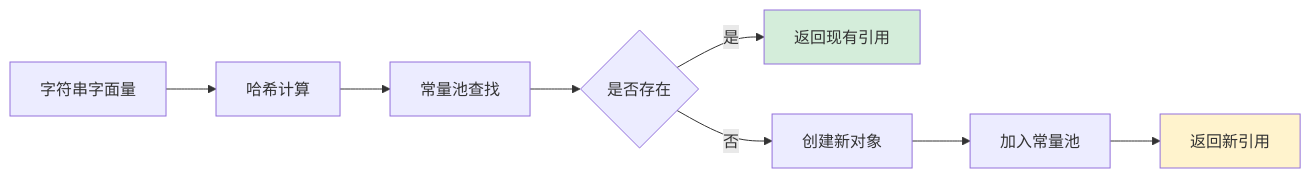
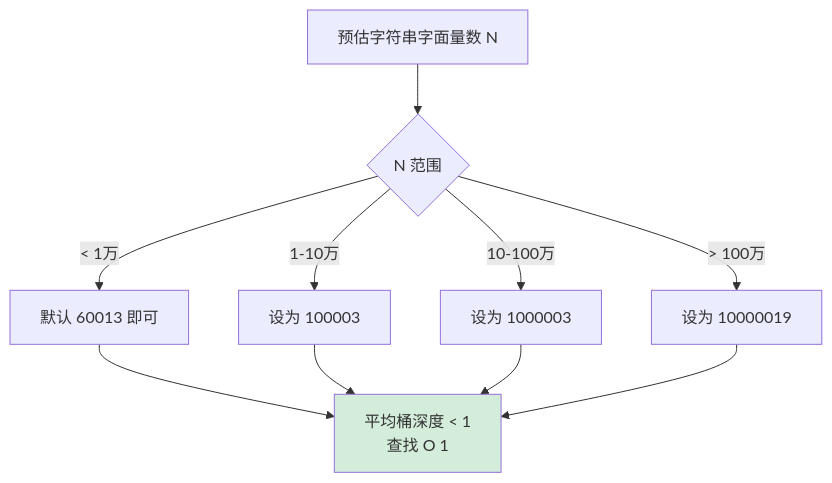
One commit to chongyang211/YCBookBlog changed diagram 11 of 32 in 00.通用技术的提升/02.程序编程原理/01.字符串设计的灵魂.md. Above: the diagram before and after it, drawn with Mermaid. The commit also changed other lines of this file and 6 other files, not shown here.

````diff
--- a/00.通用技术的提升/02.程序编程原理/01.字符串设计的灵魂.md
+++ b/00.通用技术的提升/02.程序编程原理/01.字符串设计的灵魂.md
@@ -421,13 +788,15 @@
 ```mermaid
-graph LR
-    A[字符串字面量] --> B[哈希计算]
-    B --> C[常量池查找]
-    C --> D{是否存在}
-    D -->|是| E[返回现有引用]
-    D -->|否| F[创建新对象]
-    F --> G[加入常量池]
-    G --> H[返回新引用]
-    
-    style E fill:#d4edda
-    style H fill:#fff3cd
+flowchart TD
+    A[预估字符串字面量数 N] --> B{N 范围}
+    B -->|< 1万| C[默认 60013 即可]
+    B -->|1-10万| D[设为 100003]
+    B -->|10-100万| E[设为 1000003]
+    B -->|> 100万| F[设为 10000019]
+
+    C --> G[平均桶深度 < 1<br/>查找 O 1 ]
+    D --> G
+    E --> G
+    F --> G
+
+    style G fill:#d4edda
 ```
````
